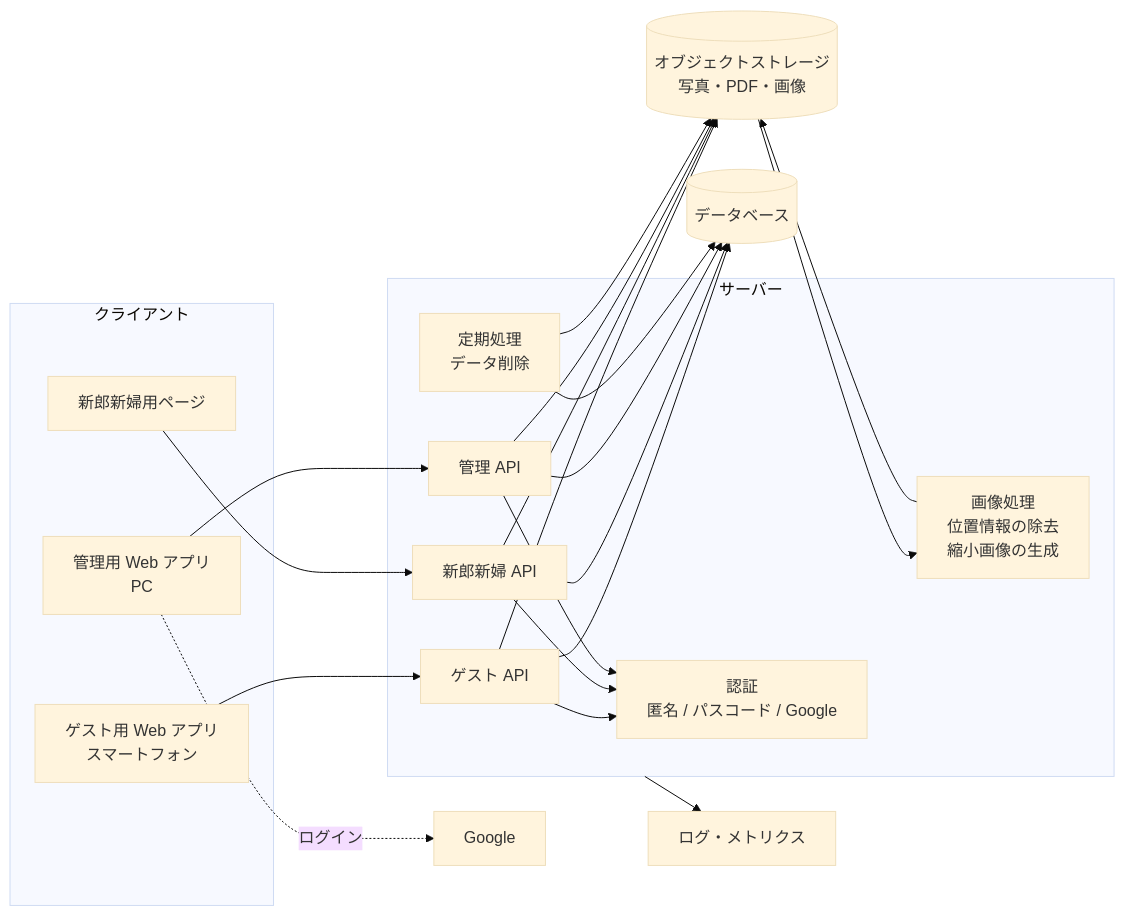
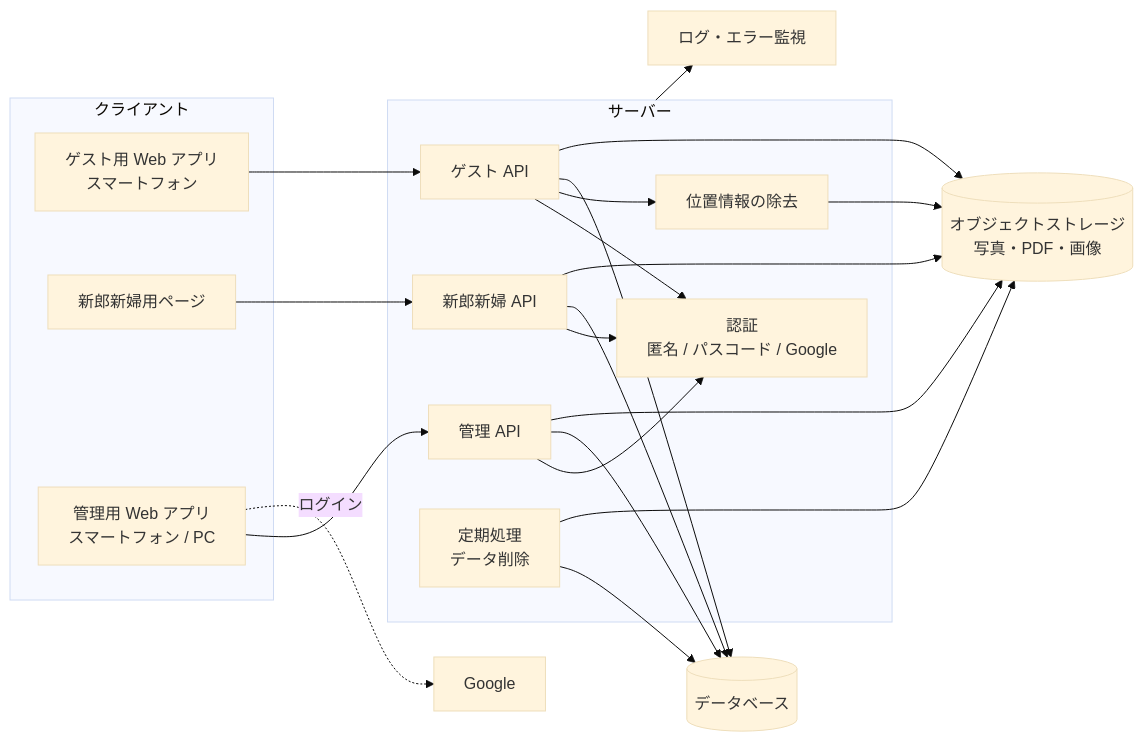
The first of 3 diagrams in docs/design/architecture.md (Nagomu0128/would-you-marry.me), drawn with Mermaid (base theme) before and after one commit. The commit also changed other lines of this file and 8 other files, not shown here.

````diff
--- a/docs/design/architecture.md
+++ b/docs/design/architecture.md
@@ -9,39 +9,39 @@
 ```mermaid
 flowchart LR
     subgraph Client[クライアント]
         GW[ゲスト用 Web アプリ<br/>スマートフォン]
         CW[新郎新婦用ページ]
-        AW[管理用 Web アプリ<br/>PC]
+        AW[管理用 Web アプリ<br/>スマートフォン / PC]
     end
     subgraph Server[サーバー]
         GAPI[ゲスト API]
         CAPI[新郎新婦 API]
         AAPI[管理 API]
         AUTH[認証<br/>匿名 / パスコード / Google]
-        IMG[画像処理<br/>位置情報の除去<br/>縮小画像の生成]
+        IMG[位置情報の除去]
         JOB[定期処理<br/>データ削除]
     end
     DB[(データベース)]
     OS[(オブジェクトストレージ<br/>写真・PDF・画像)]
-    MON[ログ・メトリクス]
+    MON[ログ・エラー監視]
     GOOGLE[Google]
 
     GW --> GAPI
     CW --> CAPI
     AW --> AAPI
     AW -.->|ログイン| GOOGLE
     GAPI --> AUTH
     CAPI --> AUTH
     AAPI --> AUTH
+    GAPI --> IMG
+    IMG --> OS
     GAPI --> DB
     CAPI --> DB
     AAPI --> DB
     GAPI --> OS
     CAPI --> OS
     AAPI --> OS
-    OS --> IMG
-    IMG --> OS
     JOB --> DB
     JOB --> OS
     Server --> MON
 ```
````
